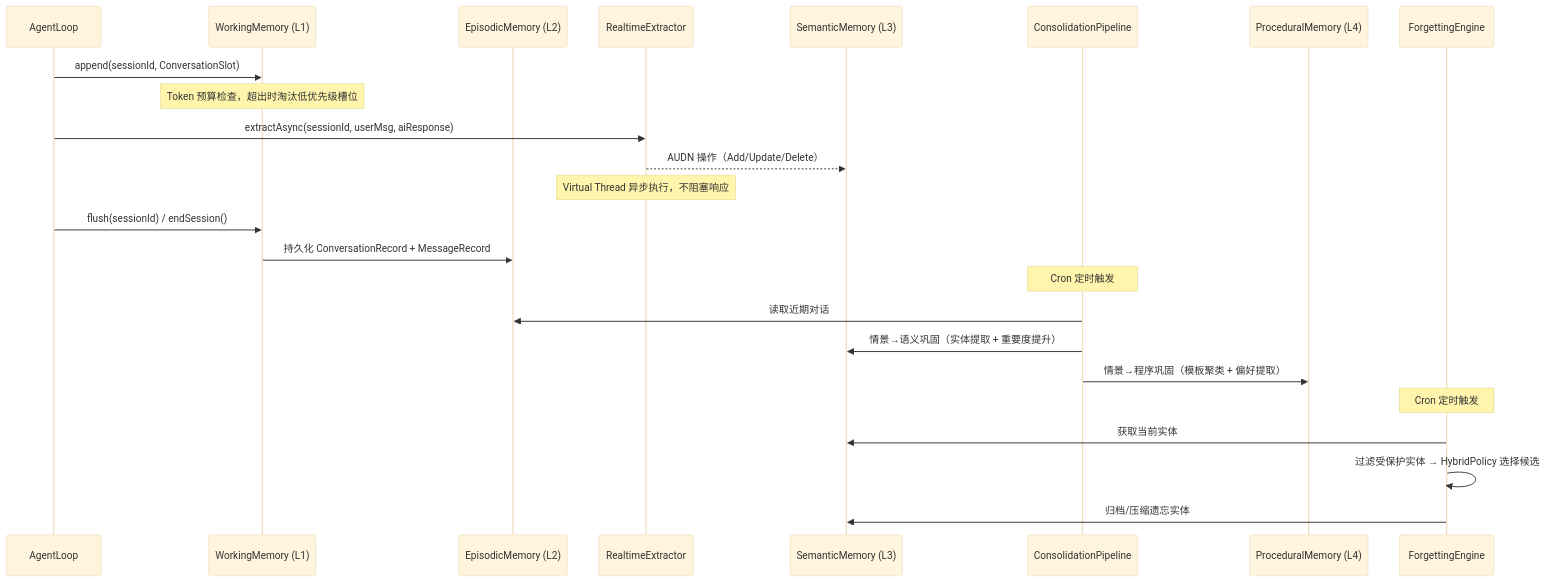
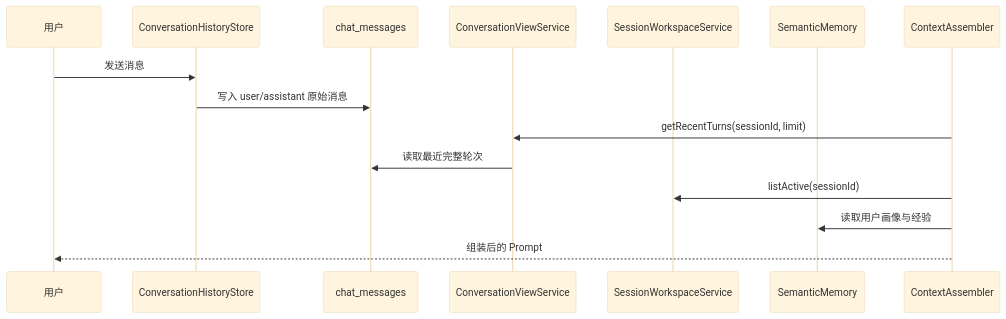
Before and after one commit to ntygod/LifePilot: the second of 4 diagrams in docs/architecture/memory-system.md, drawn with Mermaid (base theme). The commit also changed other lines of this file and 7 other files, not shown here.

````diff
--- a/docs/architecture/memory-system.md
+++ b/docs/architecture/memory-system.md
@@ -358,31 +162,18 @@
 ```mermaid
 sequenceDiagram
-    participant AL as AgentLoop
-    participant WM as WorkingMemory (L1)
-    participant EM as EpisodicMemory (L2)
-    participant RE as RealtimeExtractor
-    participant SM as SemanticMemory (L3)
-    participant CP as ConsolidationPipeline
-    participant PM as ProceduralMemory (L4)
-    participant FE as ForgettingEngine
+    participant U as 用户
+    participant CHS as ConversationHistoryStore
+    participant DB as chat_messages
+    participant CVS as ConversationViewService
+    participant SWS as SessionWorkspaceService
+    participant SM as SemanticMemory
+    participant CA as ContextAssembler
 
-    AL->>WM: append(sessionId, ConversationSlot)
-    Note over WM: Token 预算检查，超出时淘汰低优先级槽位
-
-    AL->>RE: extractAsync(sessionId, userMsg, aiResponse)
-    RE-->>SM: AUDN 操作（Add/Update/Delete）
-    Note over RE: Virtual Thread 异步执行，不阻塞响应
-
-    AL->>WM: flush(sessionId) / endSession()
-    WM->>EM: 持久化 ConversationRecord + MessageRecord
-
-    Note over CP: Cron 定时触发
-    CP->>EM: 读取近期对话
-    CP->>SM: 情景→语义巩固（实体提取 + 重要度提升）
-    CP->>PM: 情景→程序巩固（模板聚类 + 偏好提取）
-
-    Note over FE: Cron 定时触发
-    FE->>SM: 获取当前实体
-    FE->>FE: 过滤受保护实体 → HybridPolicy 选择候选
-    FE->>SM: 归档/压缩遗忘实体
+    U->>CHS: 发送消息
+    CHS->>DB: 写入 user/assistant 原始消息
+    CA->>CVS: getRecentTurns(sessionId, limit)
+    CVS->>DB: 读取最近完整轮次
+    CA->>SWS: listActive(sessionId)
+    CA->>SM: 读取用户画像与经验
+    CA-->>U: 组装后的 Prompt
 ```
````
